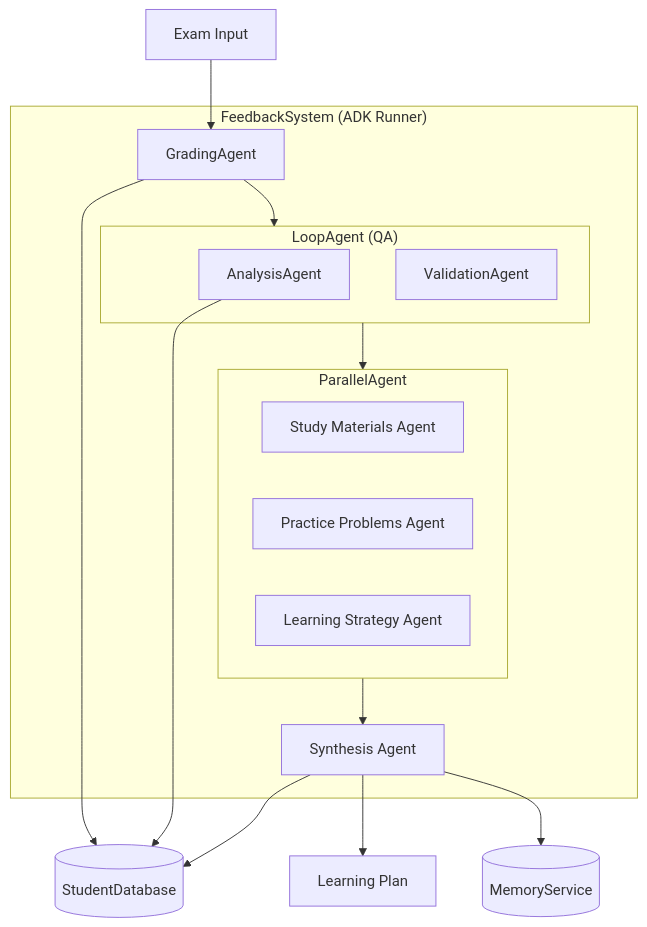
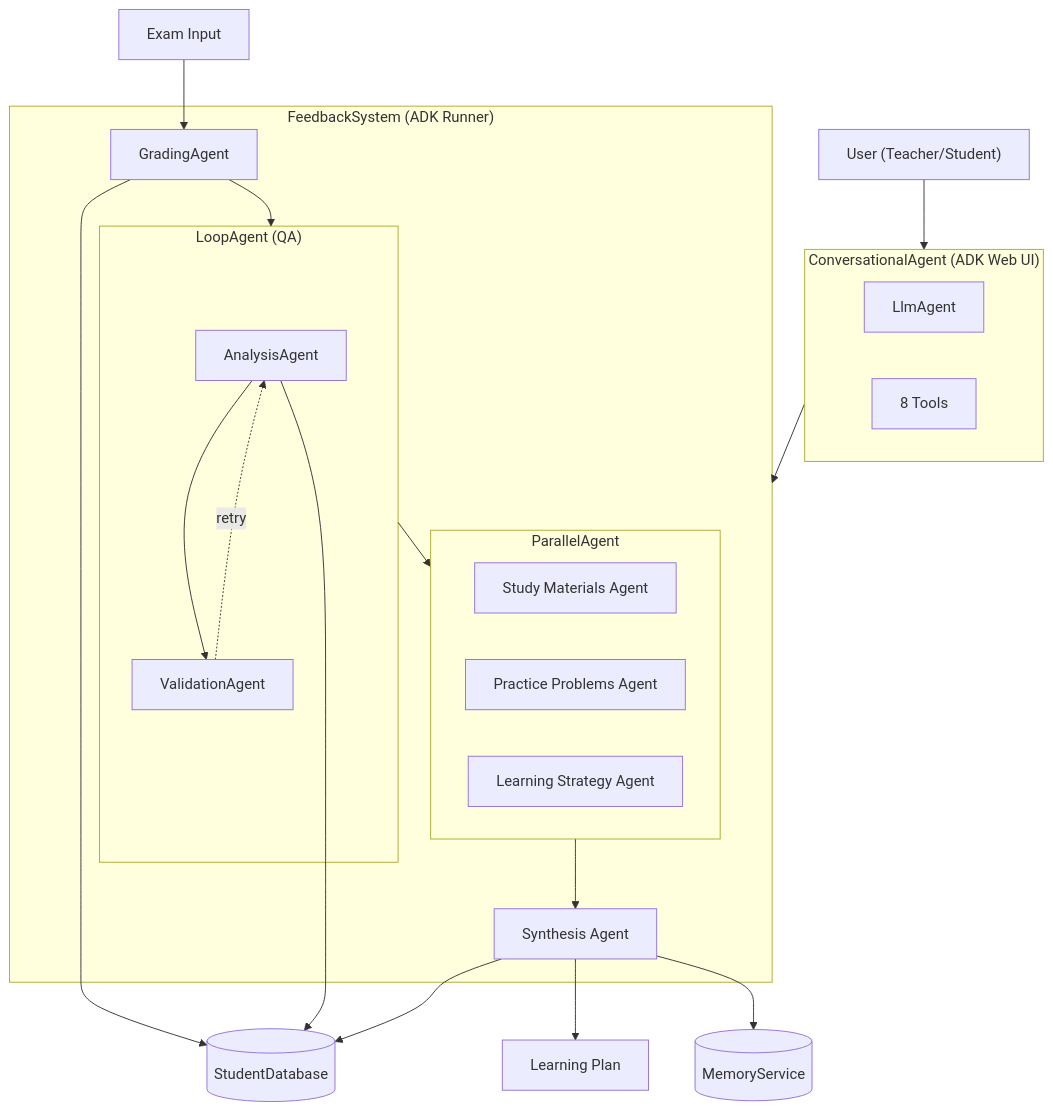
The diagram in README.md (biswasbiplob/ai-agent-capstone), drawn with Mermaid before and after one commit. The commit also changed other lines of this file and 3 other files, not shown here.

````diff
--- a/README.md
+++ b/README.md
@@ -5,29 +5,39 @@
 ```mermaid
 graph TD
+    subgraph ConversationalAgent["ConversationalAgent (ADK Web UI)"]
+        CA["LlmAgent"]
+        Tools["8 Tools"]
+    end
+
     subgraph FeedbackSystem["FeedbackSystem (ADK Runner)"]
         GA["GradingAgent"]
         subgraph LoopAgent["LoopAgent (QA)"]
             AA["AnalysisAgent"]
             VA["ValidationAgent"]
+            AA --> VA
+            VA -.->|retry| AA
         end
         subgraph ParallelAgent["ParallelAgent"]
             SM["Study Materials Agent"]
             PP["Practice Problems Agent"]
             LS["Learning Strategy Agent"]
         end
         SA["Synthesis Agent"]
     end
+
+    User["User (Teacher/Student)"] --> ConversationalAgent
+    ConversationalAgent --> FeedbackSystem
 
     Input["Exam Input"] --> GA
     GA --> LoopAgent
     LoopAgent --> ParallelAgent
     ParallelAgent --> SA
     SA --> Output["Learning Plan"]
 
     DB[(StudentDatabase)]
     MEM[(MemoryService)]
     GA --> DB
     AA --> DB
     SA --> DB
     SA --> MEM
 ```
````
